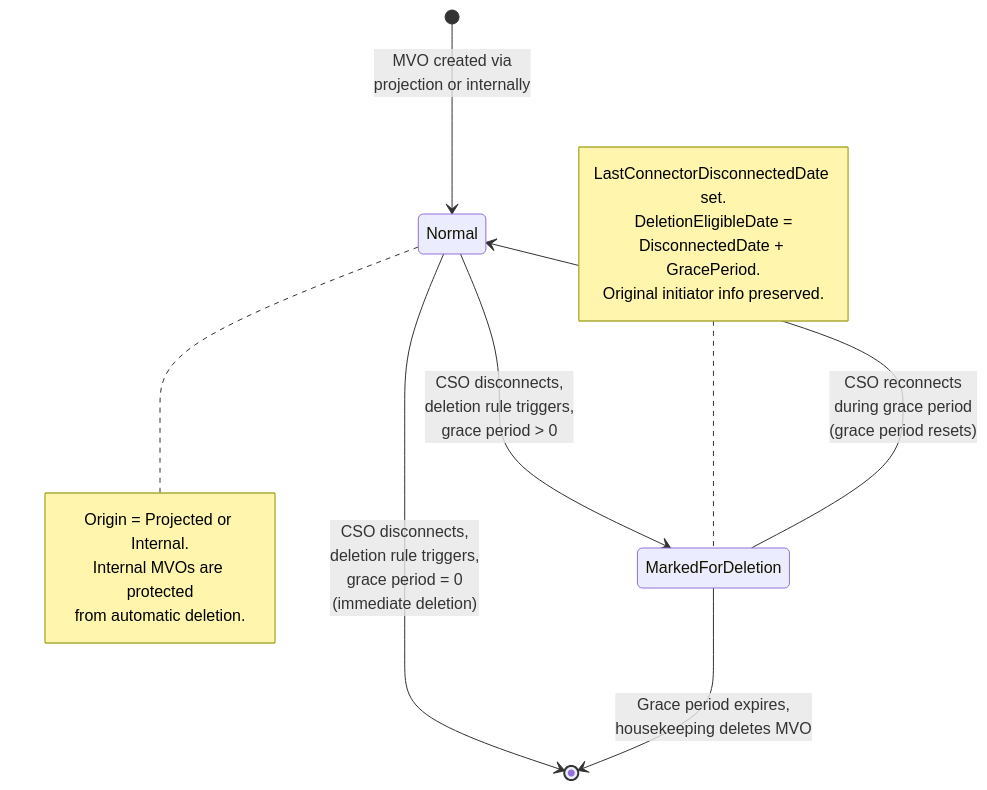
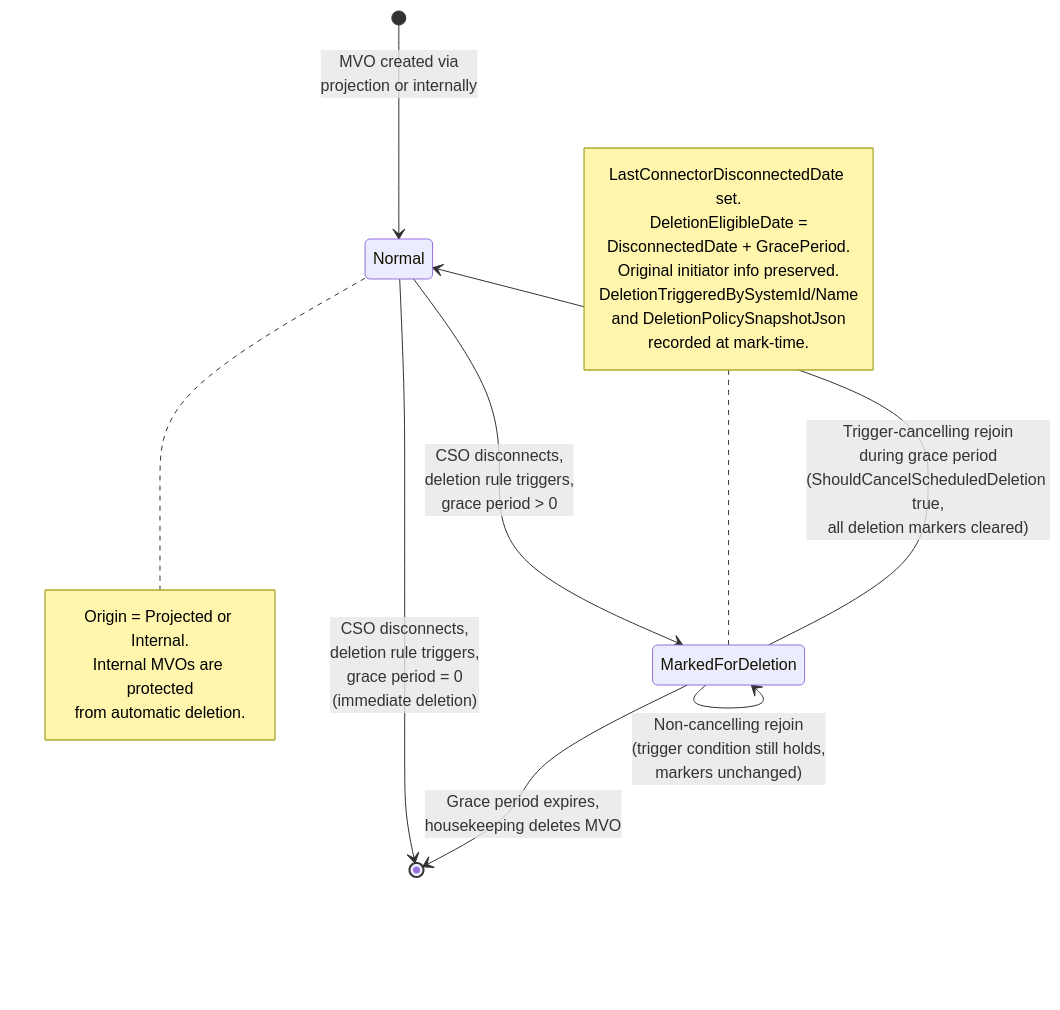
The seventh of 7 diagrams in docs/developer/diagrams/MVO_DELETION_AND_GRACE_PERIOD.md (TetronIO/JIM), drawn with Mermaid before and after one commit. The commit also changed other lines of this file and 6 other files, not shown here.

First line of the commit message:
docs(deletion): trigger modes integration scenario, diagrams, admin docs, changelog (#119)

````diff
--- a/docs/developer/diagrams/MVO_DELETION_AND_GRACE_PERIOD.md
+++ b/docs/developer/diagrams/MVO_DELETION_AND_GRACE_PERIOD.md
@@ -125,24 +173,29 @@
 ```mermaid
 stateDiagram-v2
     [*] --> Normal: MVO created via<br/>projection or internally
 
     Normal --> MarkedForDeletion: CSO disconnects,<br/>deletion rule triggers,<br/>grace period > 0
 
     Normal --> [*]: CSO disconnects,<br/>deletion rule triggers,<br/>grace period = 0<br/>(immediate deletion)
 
-    MarkedForDeletion --> Normal: CSO reconnects<br/>during grace period<br/>(grace period resets)
+    MarkedForDeletion --> Normal: Trigger-cancelling rejoin<br/>during grace period<br/>(ShouldCancelScheduledDeletion true,<br/>all deletion markers cleared)
+
+    MarkedForDeletion --> MarkedForDeletion: Non-cancelling rejoin<br/>(trigger condition still holds,<br/>markers unchanged)
 
     MarkedForDeletion --> [*]: Grace period expires,<br/>housekeeping deletes MVO
 
     note right of Normal
         Origin = Projected or Internal.
         Internal MVOs are protected
         from automatic deletion.
     end note
     note left of MarkedForDeletion
         LastConnectorDisconnectedDate set.
         DeletionEligibleDate =
         DisconnectedDate + GracePeriod.
         Original initiator info preserved.
+        DeletionTriggeredBySystemId/Name
+        and DeletionPolicySnapshotJson
+        recorded at mark-time.
     end note
 ```
````
